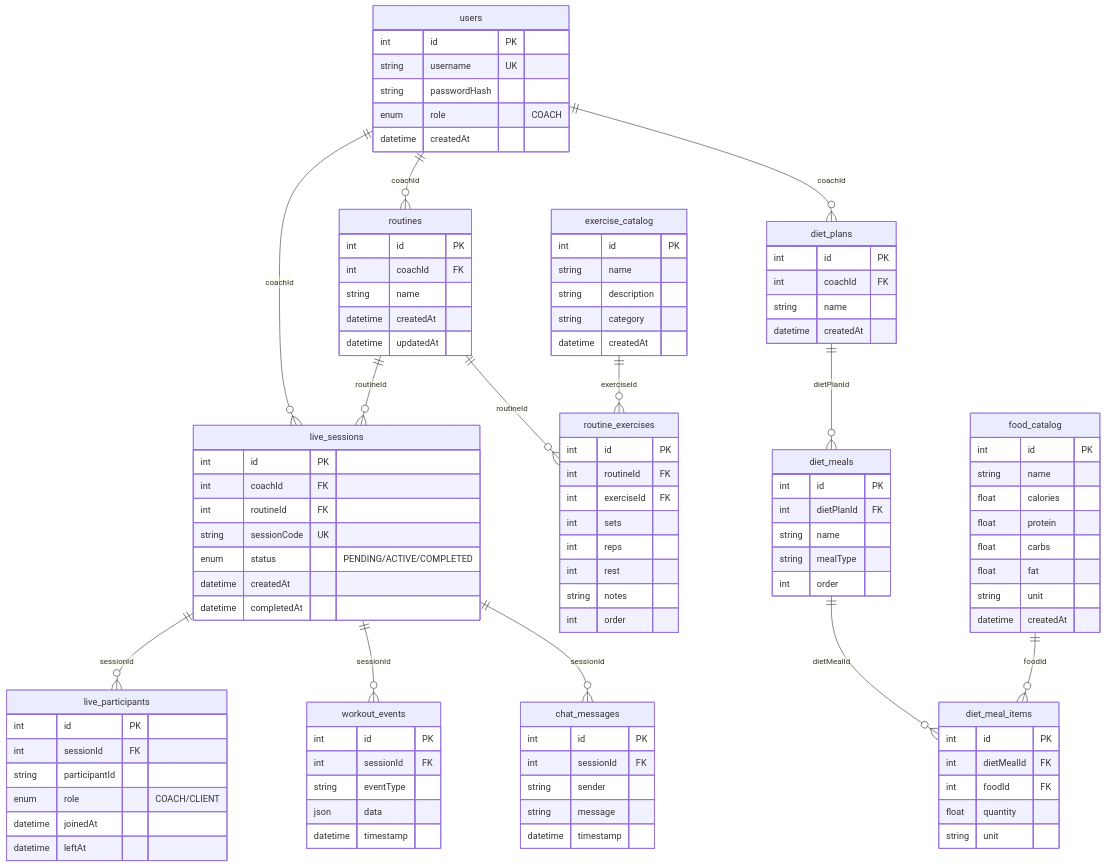
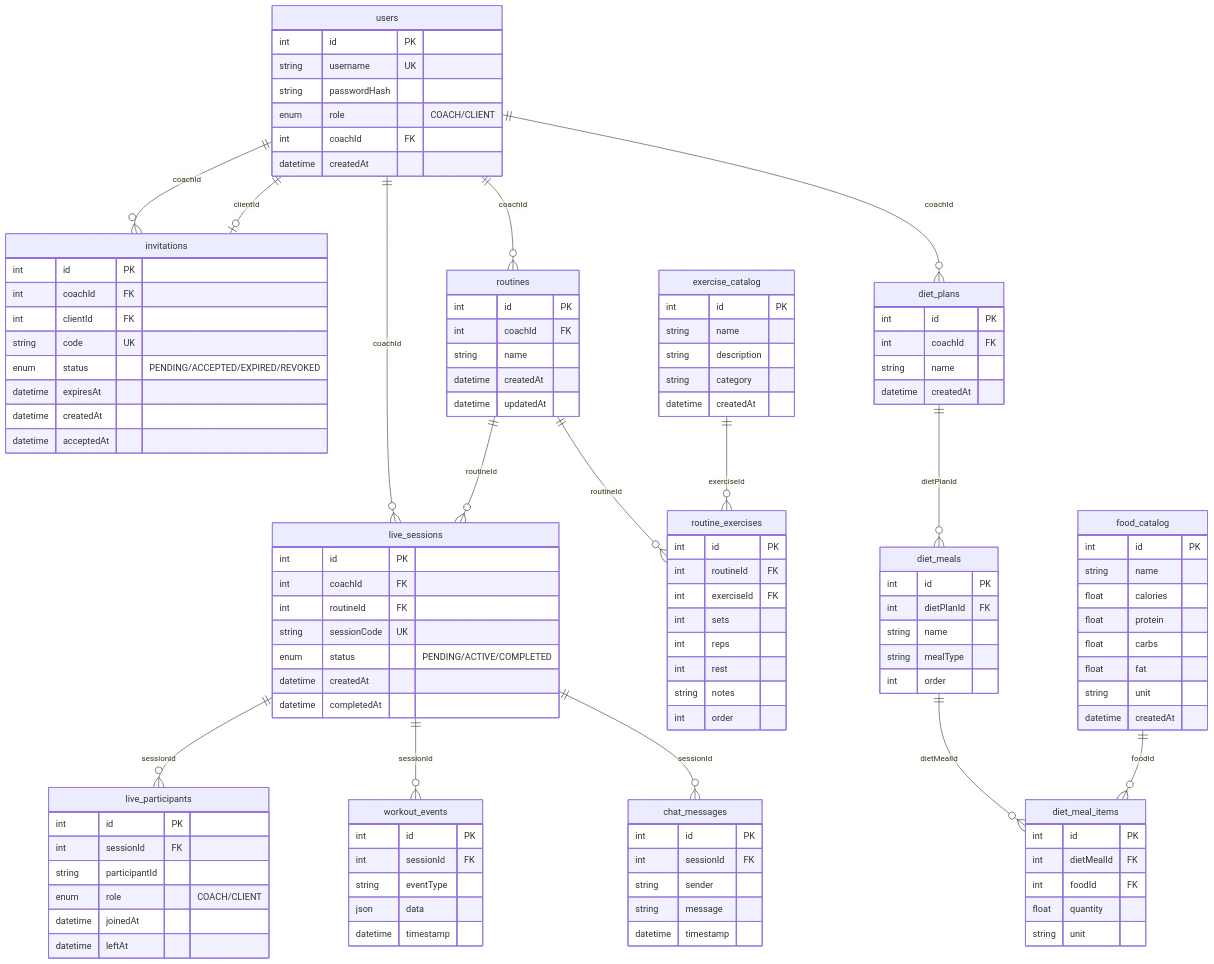
One commit to inspedralbes/prj-final-lightweight changed the diagram in doc/data-model-diagram.md. Above: the diagram before and after it, drawn with Mermaid. The commit also changed other lines of this file and 38 other files, not shown here.

Commit message:
Adds email to user registration, improve invitation flow

````diff
--- a/doc/data-model-diagram.md
+++ b/doc/data-model-diagram.md
@@ -130,5 +143,7 @@
 ```mermaid
 erDiagram
+    users ||--o{ invitations : coachId
+    users ||--o| invitations : clientId
     users ||--o{ routines : coachId
     users ||--o{ live_sessions : coachId
     users ||--o{ diet_plans : coachId
@@ -146,8 +161,20 @@
         int id PK
         string username UK
         string passwordHash
-        enum role "COACH"
+        enum role "COACH/CLIENT"
+        int coachId FK
         datetime createdAt
+    }
+
+    invitations {
+        int id PK
+        int coachId FK
+        int clientId FK
+        string code UK
+        enum status "PENDING/ACCEPTED/EXPIRED/REVOKED"
+        datetime expiresAt
+        datetime createdAt
+        datetime acceptedAt
     }
 
     exercise_catalog {
````
